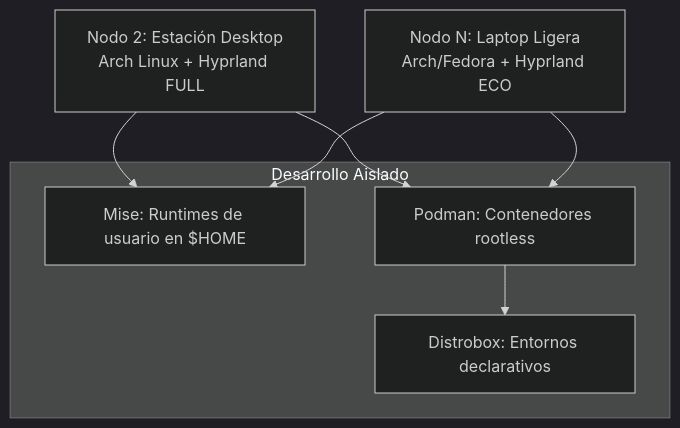
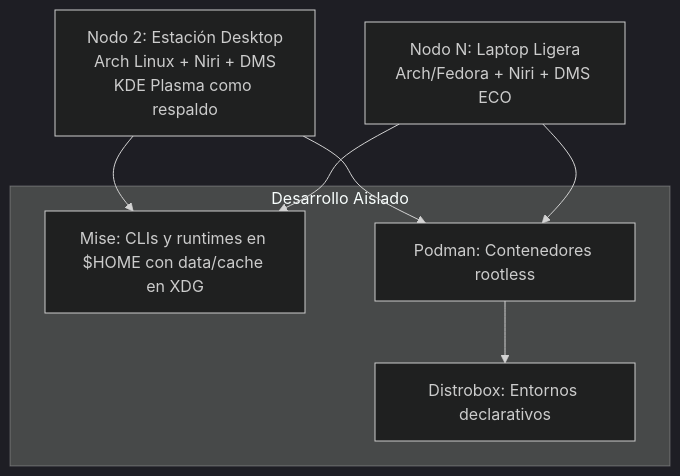
Before and after one commit to yordycg/dotfiles-universal: the diagram in AGENTS.md, drawn with Mermaid (dark theme). The commit also changed other lines of this file and 1 other file, not shown here.

Commit message:
docs: reflect niri+DMS reality and log clean-host audit tasks

````diff
--- a/AGENTS.md
+++ b/AGENTS.md
@@ -36,17 +36,17 @@
 ```mermaid
 graph TD
-    Node2[Nodo 2: Estación Desktop<br>Arch Linux + Hyprland FULL]
-    NodeN[Nodo N: Laptop Ligera<br>Arch/Fedora + Hyprland ECO]
+    Node2[Nodo 2: Estación Desktop<br>Arch Linux + Niri + DMS<br>KDE Plasma como respaldo]
+    NodeN[Nodo N: Laptop Ligera<br>Arch/Fedora + Niri + DMS ECO]
 
     subgraph Desarrollo Aislado
-        Mise[Mise: Runtimes de usuario en $HOME]
+        Mise[Mise: CLIs y runtimes en $HOME con data/cache en XDG]
         Podman[Podman: Contenedores rootless]
         Distrobox[Distrobox: Entornos declarativos]
     end
 
     Node2 --> Mise
     Node2 --> Podman
     NodeN --> Mise
     NodeN --> Podman
     Podman --> Distrobox
 ```
````
